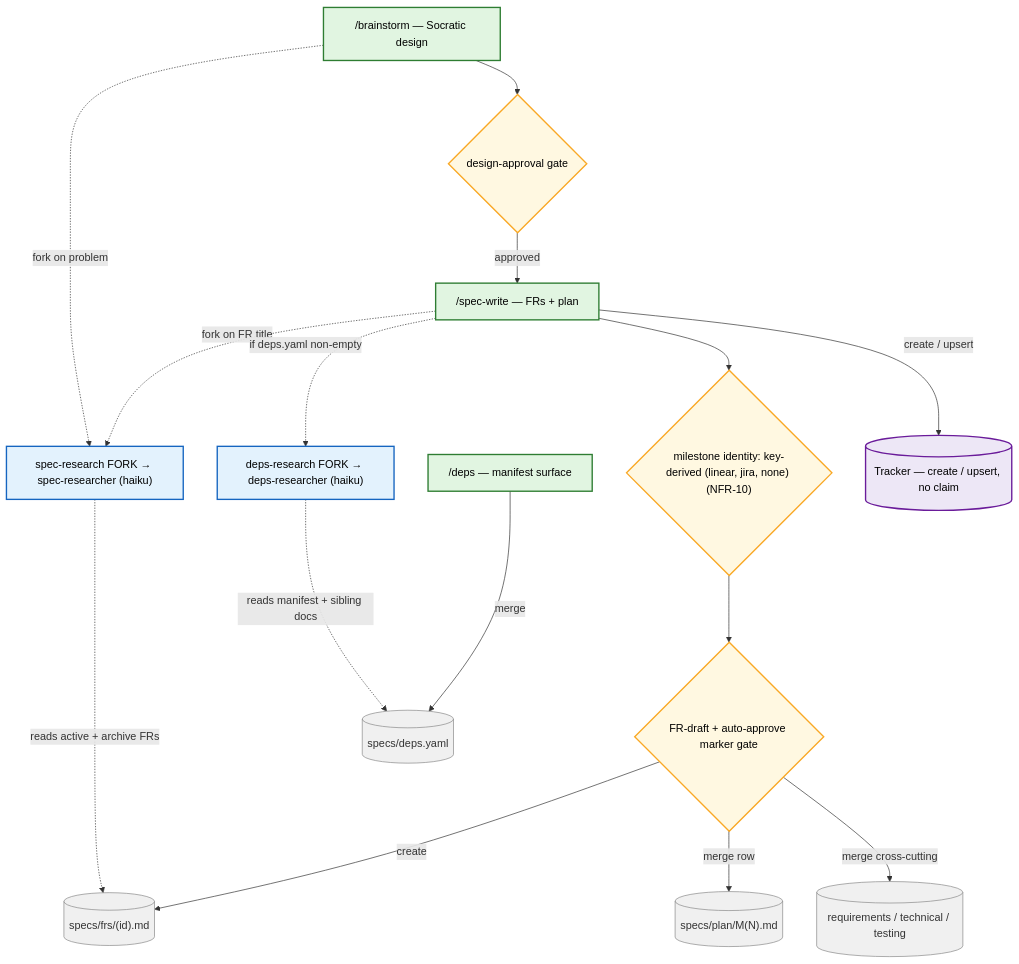
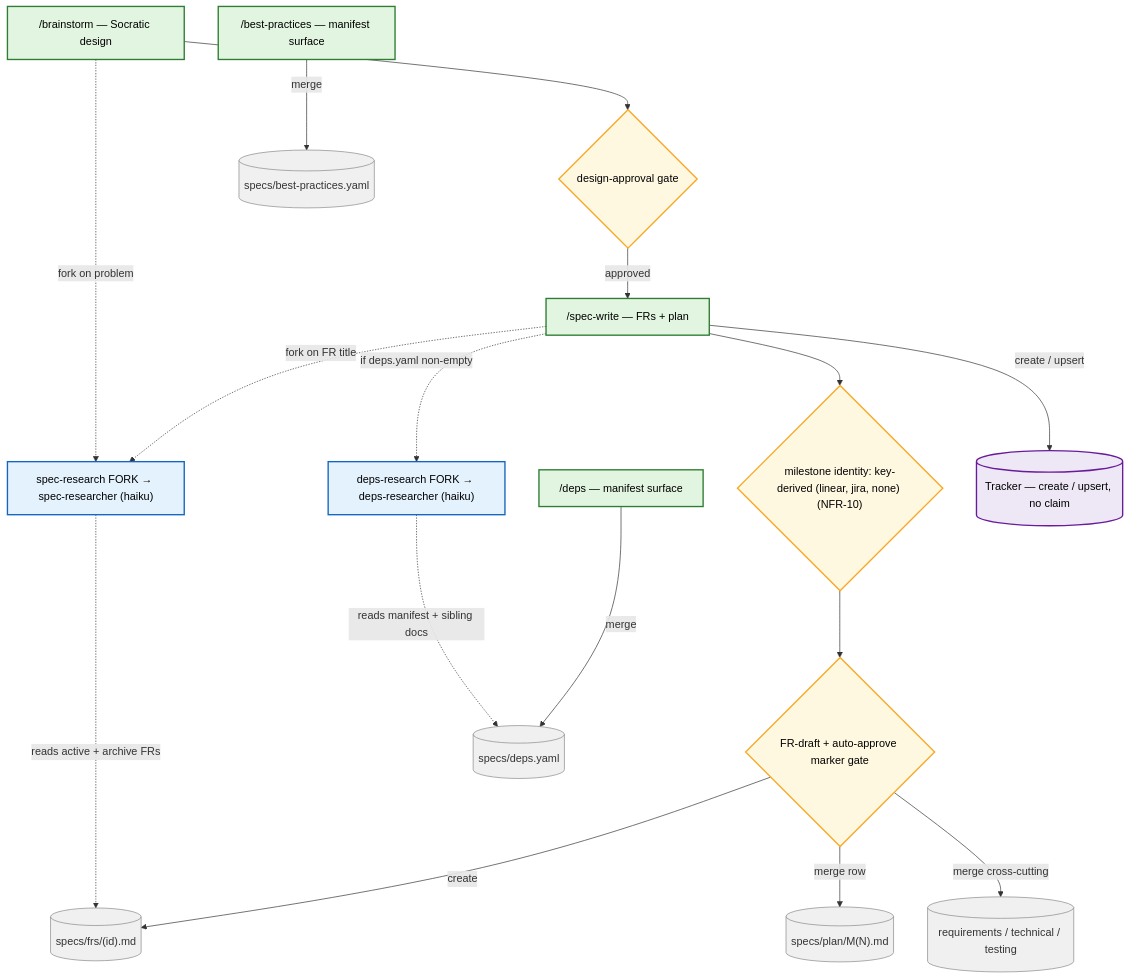
The second of 6 diagrams in plugins/dev-process-toolkit/docs/workflow-overview.md (nesquikm/dev-process-toolkit), drawn with Mermaid before and after one commit. The commit also changed other lines of this file and 71 other files, not shown here.

````diff
--- a/plugins/dev-process-toolkit/docs/workflow-overview.md
+++ b/plugins/dev-process-toolkit/docs/workflow-overview.md
@@ -35,36 +35,39 @@
 ```mermaid
 flowchart TD
     classDef skill fill:#e1f5e1,stroke:#2e7d32,stroke-width:2px,color:#000
     classDef fork fill:#e3f2fd,stroke:#1565c0,stroke-width:2px,color:#000
     classDef gate fill:#fff8e1,stroke:#f9a825,stroke-width:2px,color:#000
     classDef artifact fill:#f0f0f0,stroke:#888,stroke-width:1px,color:#333
     classDef tracker fill:#ede7f6,stroke:#6a1b9a,stroke-width:2px,color:#000
 
     brainstorm["/brainstorm — Socratic design"]:::skill
     gDesign{"design-approval gate"}:::gate
     specwrite["/spec-write — FRs + plan"]:::skill
     deps["/deps — manifest surface"]:::skill
+    bestp["/best-practices — manifest surface"]:::skill
     fSpecR["spec-research FORK → spec-researcher (haiku)"]:::fork
     fDepsR["deps-research FORK → deps-researcher (haiku)"]:::fork
     gMs{"milestone identity: key-derived (linear, jira, none) (NFR-10)"}:::gate
     gMarker{"FR-draft + auto-approve marker gate"}:::gate
 
     aFrs[("specs/frs/(id).md")]:::artifact
     aPlan[("specs/plan/M(N).md")]:::artifact
     aDeps[("specs/deps.yaml")]:::artifact
+    aBestP[("specs/best-practices.yaml")]:::artifact
     aCross[("requirements / technical / testing")]:::artifact
     trk[("Tracker — create / upsert, no claim")]:::tracker
 
     brainstorm --> gDesign -->|"approved"| specwrite
     brainstorm -.->|"fork on problem"| fSpecR
     specwrite -.->|"fork on FR title"| fSpecR
     specwrite -.->|"if deps.yaml non-empty"| fDepsR
     fSpecR -.->|"reads active + archive FRs"| aFrs
     fDepsR -.->|"reads manifest + sibling docs"| aDeps
     specwrite --> gMs --> gMarker
     gMarker -->|"create"| aFrs
     gMarker -->|"merge row"| aPlan
     gMarker -->|"merge cross-cutting"| aCross
     specwrite -->|"create / upsert"| trk
     deps -->|"merge"| aDeps
+    bestp -->|"merge"| aBestP
 ```
````
